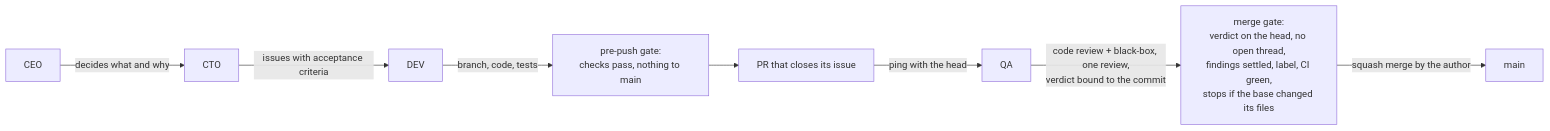
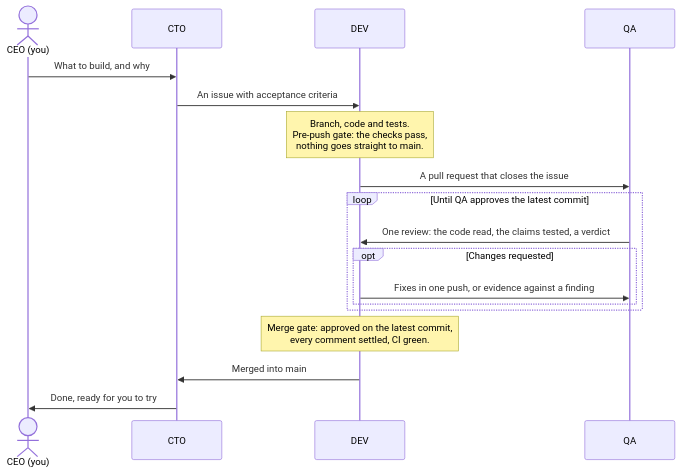
The diagram in README.md (gzurl/agent-squad), drawn with Mermaid before and after one commit. The commit also changed other lines of this file and 2 other files, not shown here.

Commit message:
docs: README for people — natural wording, numbered quick start, sequence diagram, one-line install

````diff
--- a/README.md
+++ b/README.md
@@ -69,10 +88,20 @@
 ```mermaid
-flowchart LR
-  CEO -- "decides what and why" --> CTO
-  CTO -- "issues with acceptance criteria" --> DEV
-  DEV -- "branch, code, tests" --> PUSH["pre-push gate:<br/>checks pass, nothing to main"]
-  PUSH --> PR["PR that closes its issue"]
-  PR -- "ping with the head" --> QA
-  QA -- "code review + black-box, one review,<br/>verdict bound to the commit" --> MERGE["merge gate:<br/>verdict on the head, no open thread,<br/>findings settled, label, CI green,<br/>stops if the base changed its files"]
-  MERGE -- "squash merge by the author" --> MAIN["main"]
+sequenceDiagram
+  actor CEO as CEO (you)
+  participant CTO
+  participant DEV
+  participant QA
+  CEO->>CTO: What to build, and why
+  CTO->>DEV: An issue with acceptance criteria
+  Note over DEV: Branch, code and tests.<br/>Pre-push gate: the checks pass,<br/>nothing goes straight to main.
+  DEV->>QA: A pull request that closes the issue
+  loop Until QA approves the latest commit
+    QA->>DEV: One review: the code read, the claims tested, a verdict
+    opt Changes requested
+      DEV->>QA: Fixes in one push, or evidence against a finding
+    end
+  end
+  Note over DEV: Merge gate: approved on the latest commit,<br/>every comment settled, CI green.
+  DEV->>CTO: Merged into main
+  CTO->>CEO: Done, ready for you to try
 ```
````
